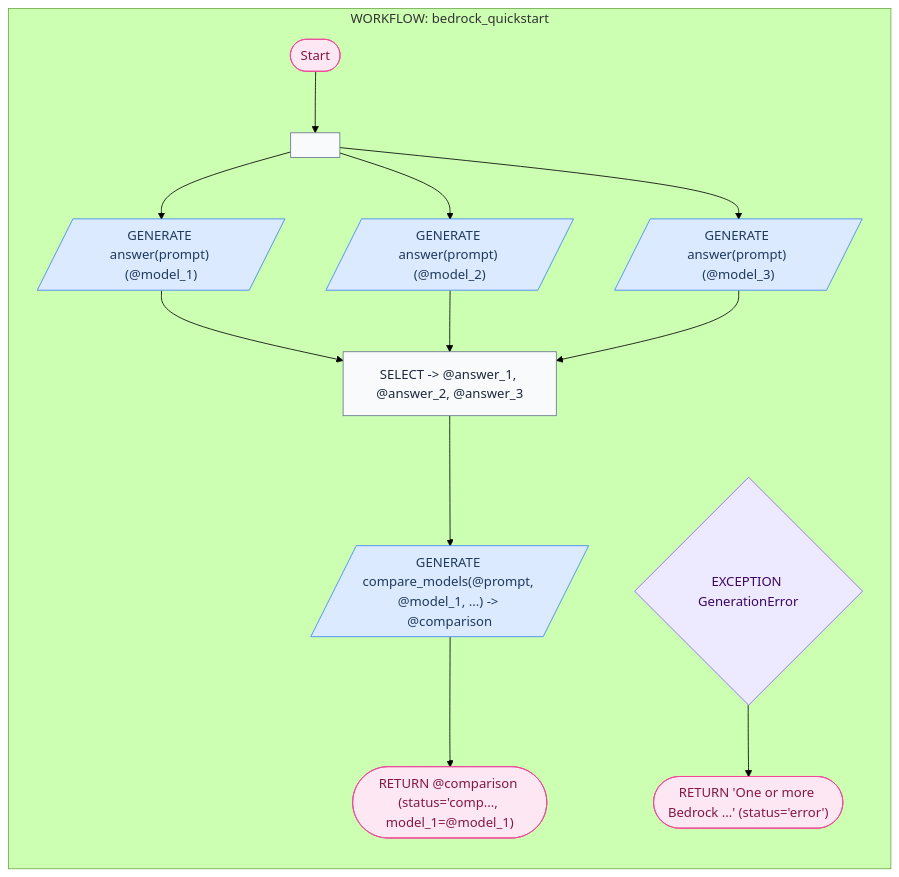
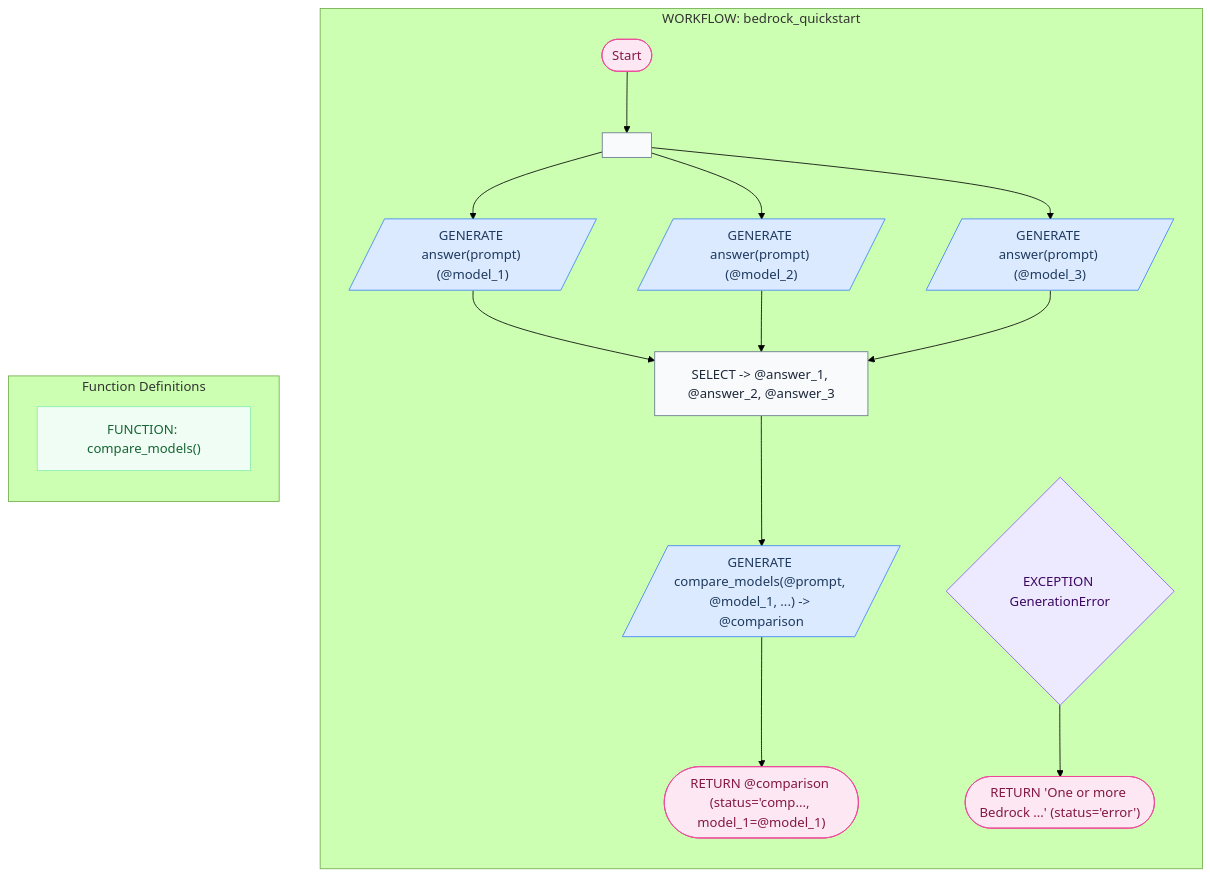
The diagram in cookbook/38_bedrock_quickstart/mermaid/bedrock_quickstart.md (digital-duck/SPL.py), drawn with Mermaid (forest theme) before and after one commit. The commit also changed 334 other files, not shown here.

````diff
--- a/cookbook/38_bedrock_quickstart/mermaid/bedrock_quickstart.md
+++ b/cookbook/38_bedrock_quickstart/mermaid/bedrock_quickstart.md
@@ -7,41 +7,46 @@
 ```mermaid
 flowchart TD
     subgraph SG_bedrock_quickstart["WORKFLOW: bedrock_quickstart"]
     direction TB
     START1(["Start"])
     FORK2[" "]
     SYNC3["SELECT -> @answer_1, @answer_2, @answer_3"]
     CTE4[/"GENERATE answer(prompt) (@model_1)"/]
     FORK2 --> CTE4
     CTE4 --> SYNC3
     CTE5[/"GENERATE answer(prompt) (@model_2)"/]
     FORK2 --> CTE5
     CTE5 --> SYNC3
     CTE6[/"GENERATE answer(prompt) (@model_3)"/]
     FORK2 --> CTE6
     CTE6 --> SYNC3
     GEN7[/"GENERATE compare_models(@prompt, @model_1, ...) -> @comparison"/]
     SYNC3 --> GEN7
     RET8(["RETURN @comparison (status='comp..., model_1=@model_1)"])
     GEN7 --> RET8
     START1 --> FORK2
     EXC9{"EXCEPTION GenerationError"}
     RET10(["RETURN 'One or more Bedrock ...' (status='error')"])
     EXC9 --> RET10
     end
+    subgraph FUNCTIONS["Function Definitions"]
+    direction TB
+    FN11["FUNCTION: compare_models()"]
+    end
     class START1 term
     class FORK2 assign
     class SYNC3 assign
     class CTE4 llm
     class CTE5 llm
     class CTE6 llm
     class GEN7 llm
     class RET8 term
     class EXC9 ctrl
     class RET10 term
+    class FN11 fn
     classDef llm fill:#dbeafe,stroke:#3b82f6,color:#1e3a5f
     classDef ctrl fill:#ede9fe,stroke:#8b5cf6,color:#3b0764
     classDef term fill:#fce7f3,stroke:#ec4899,color:#831843
     classDef fn fill:#f0fdf4,stroke:#86efac,color:#166534
     classDef assign fill:#f8fafc,stroke:#64748b,color:#1e293b
 ```
````
